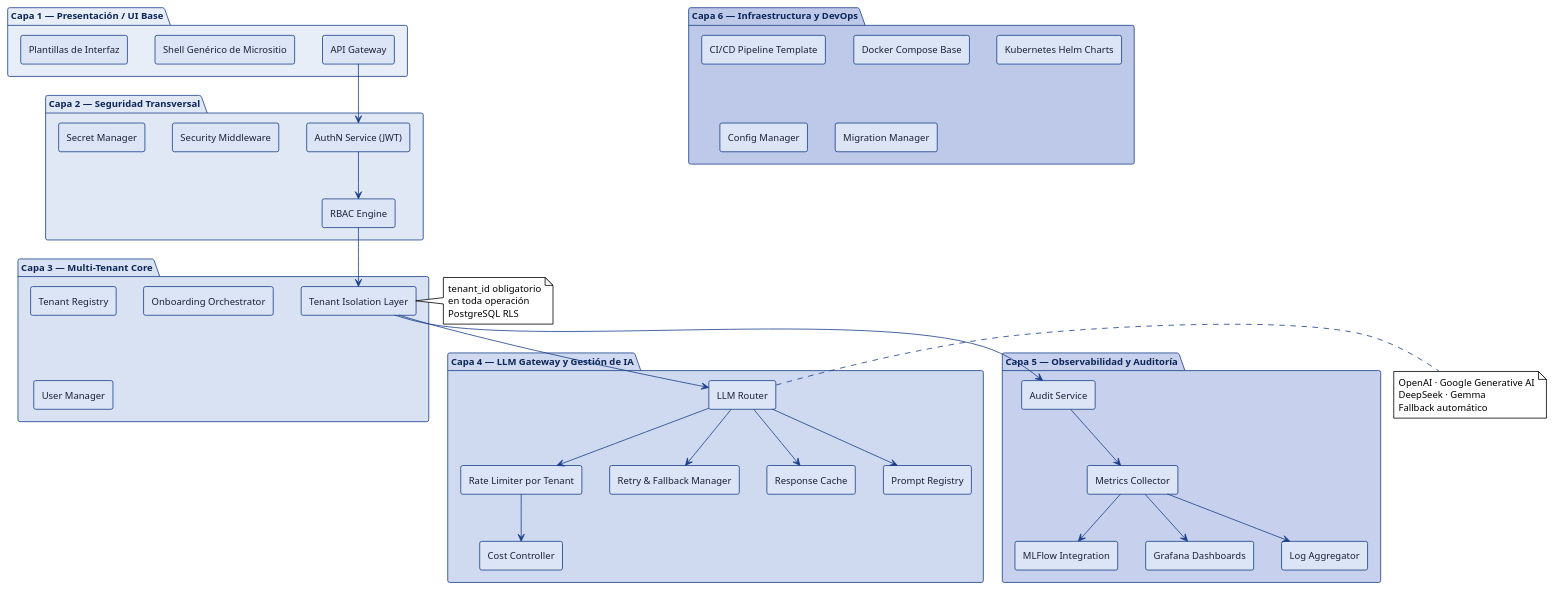
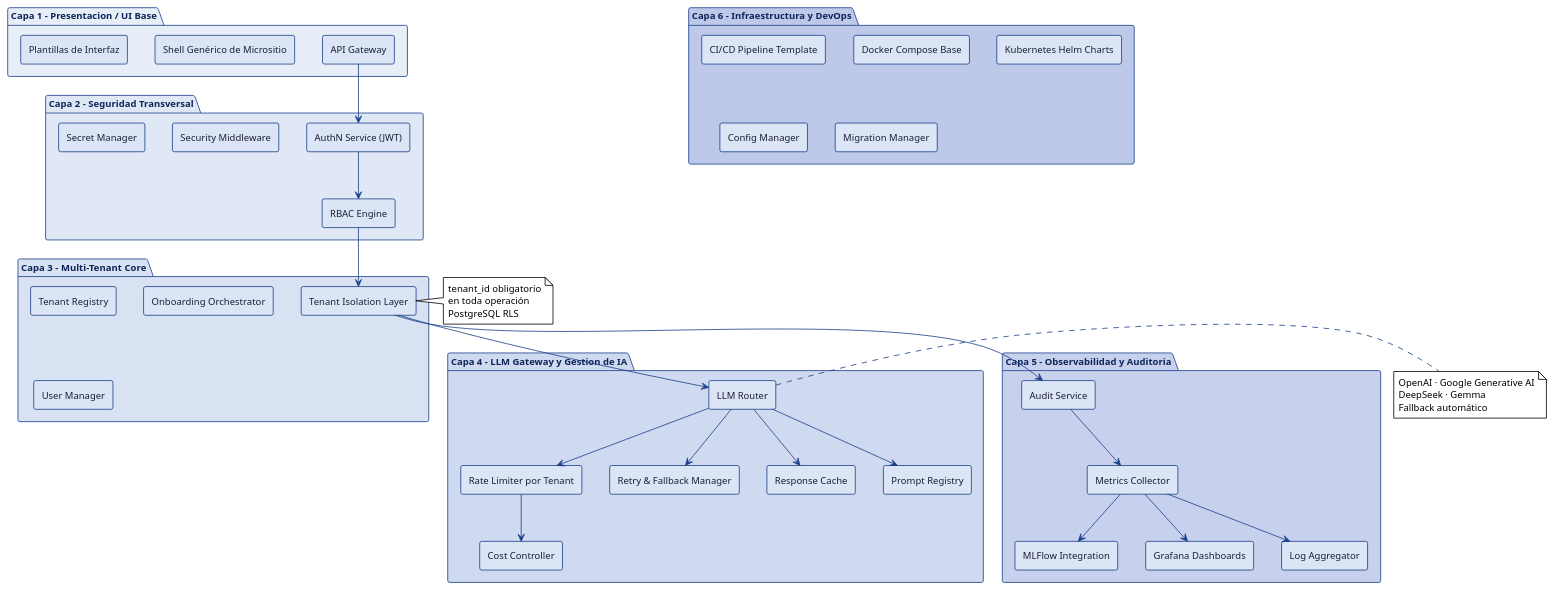
Before and after one commit to sedibuc/documentacion_cintel: the diagram in transversales/assets/plantuml/arquitectura-transversal.puml, drawn with PlantUML. The commit also changed 22 other files, not shown here.

```diff
--- a/transversales/assets/plantuml/arquitectura-transversal.puml
+++ b/transversales/assets/plantuml/arquitectura-transversal.puml
@@ -1,96 +1,96 @@
 @startuml arquitectura-transversal
 !theme plain
 skinparam backgroundColor white
 skinparam shadowing false
 skinparam defaultFontName "Segoe UI"
 skinparam defaultFontSize 12
 skinparam ArrowColor #1a3f8a
 skinparam componentStyle rectangle
 
 skinparam package {
   BackgroundColor #f0f4ff
   BorderColor #1a3f8a
   FontColor #0d2558
   FontStyle bold
 }
 
 skinparam component {
   BackgroundColor #dce5f5
   BorderColor #1a3f8a
   FontColor #1a2035
 }
 
-package "Capa 1 — Presentación / UI Base" #e8eef8 {
+package "Capa 1 - Presentacion / UI Base" #e8eef8 {
   [API Gateway]
   [Shell Genérico de Micrositio]
   [Plantillas de Interfaz]
 }
 
-package "Capa 2 — Seguridad Transversal" #e0e8f5 {
+package "Capa 2 - Seguridad Transversal" #e0e8f5 {
   [AuthN Service (JWT)]
   [RBAC Engine]
   [Security Middleware]
   [Secret Manager]
 }
 
-package "Capa 3 — Multi-Tenant Core" #d8e2f2 {
+package "Capa 3 - Multi-Tenant Core" #d8e2f2 {
   [Tenant Registry]
   [Tenant Isolation Layer]
   [Onboarding Orchestrator]
   [User Manager]
 }
 
-package "Capa 4 — LLM Gateway y Gestión de IA" #cfd9ef {
+package "Capa 4 - LLM Gateway y Gestion de IA" #cfd9ef {
   [LLM Router]
   [Rate Limiter por Tenant]
   [Retry & Fallback Manager]
   [Response Cache]
   [Prompt Registry]
   [Cost Controller]
 }
 
-package "Capa 5 — Observabilidad y Auditoría" #c7d0ec {
+package "Capa 5 - Observabilidad y Auditoria" #c7d0ec {
   [Audit Service]
   [Metrics Collector]
   [MLFlow Integration]
   [Grafana Dashboards]
   [Log Aggregator]
 }
 
-package "Capa 6 — Infraestructura y DevOps" #bec8e9 {
+package "Capa 6 - Infraestructura y DevOps" #bec8e9 {
   [CI/CD Pipeline Template]
   [Docker Compose Base]
   [Kubernetes Helm Charts]
   [Config Manager]
   [Migration Manager]
 }
 
 ' Flujo principal
 [API Gateway] --> [AuthN Service (JWT)]
 [AuthN Service (JWT)] --> [RBAC Engine]
 [RBAC Engine] --> [Tenant Isolation Layer]
 [Tenant Isolation Layer] --> [LLM Router]
 [Tenant Isolation Layer] --> [Audit Service]
 [LLM Router] --> [Prompt Registry]
 [LLM Router] --> [Response Cache]
 [LLM Router] --> [Retry & Fallback Manager]
 [LLM Router] --> [Rate Limiter por Tenant]
 [Rate Limiter por Tenant] --> [Cost Controller]
 [Audit Service] --> [Metrics Collector]
 [Metrics Collector] --> [MLFlow Integration]
 [Metrics Collector] --> [Grafana Dashboards]
 [Metrics Collector] --> [Log Aggregator]
 
 note right of [Tenant Isolation Layer]
   tenant_id obligatorio
   en toda operación
   PostgreSQL RLS
 end note
 
 note right of [LLM Router]
   OpenAI · Google Generative AI
   DeepSeek · Gemma
   Fallback automático
 end note
 
 @enduml
```
